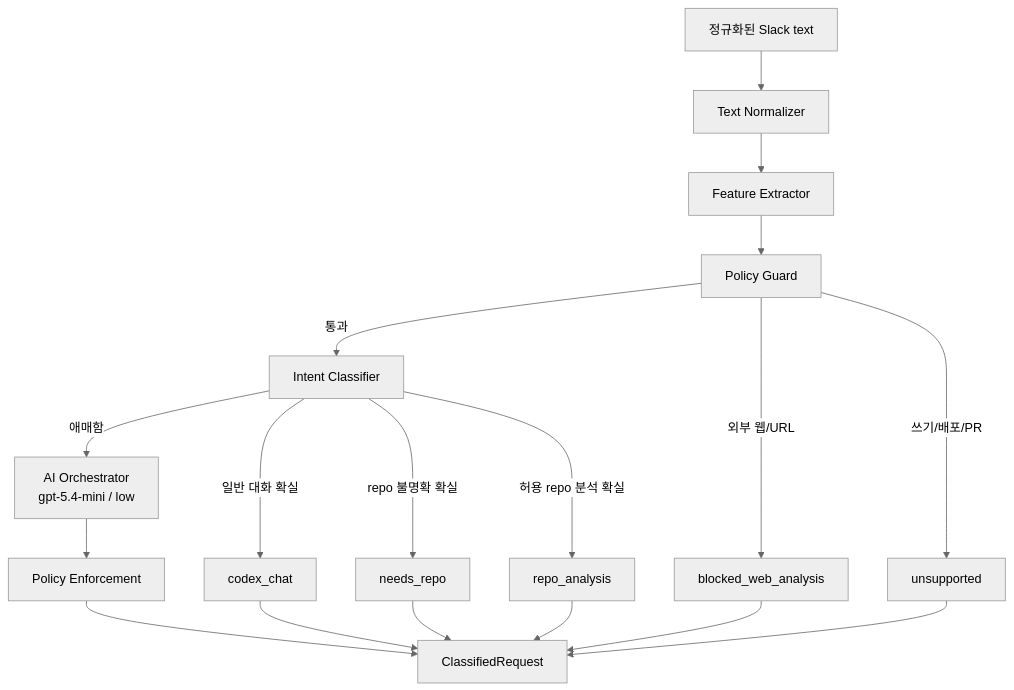
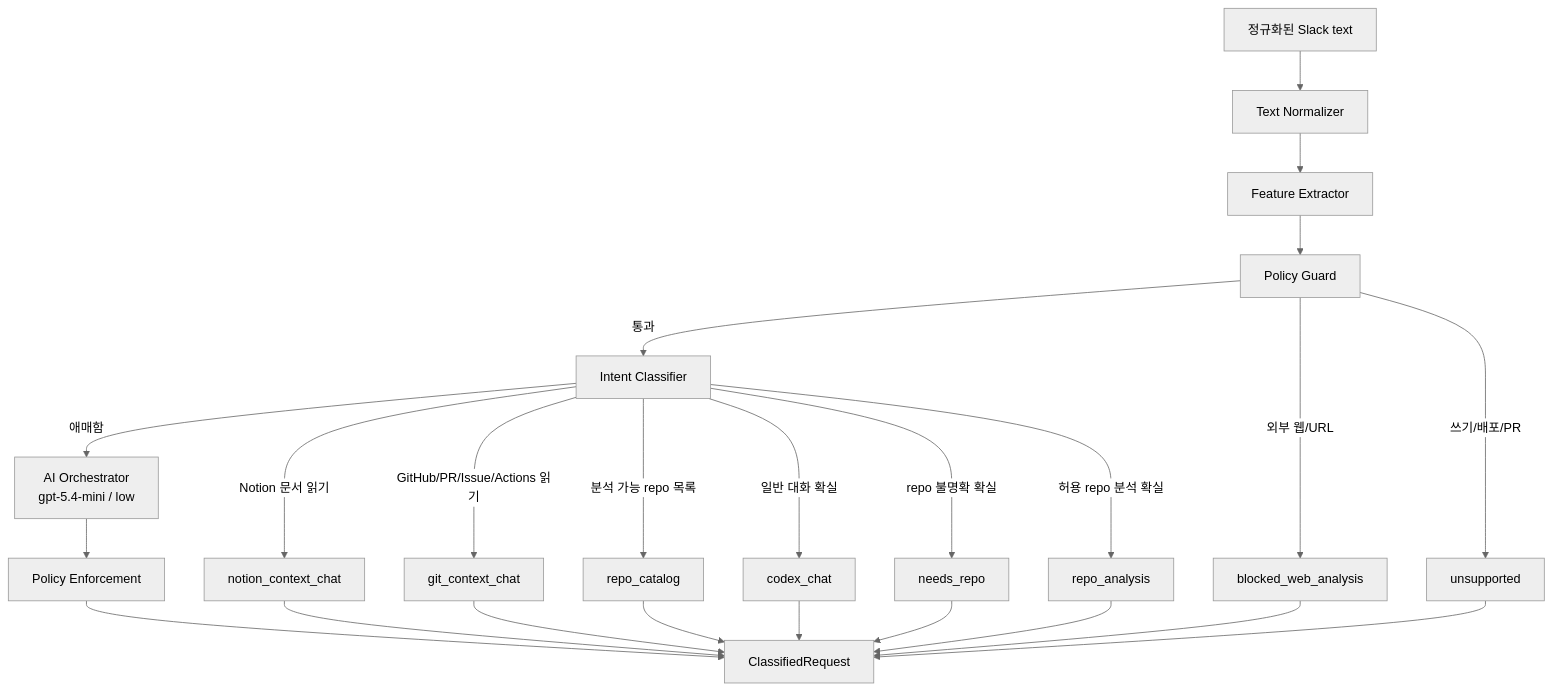
One commit to team-PopPang/Pangi changed the diagram in docs/architecture/input-guardrail.md. Above: the diagram before and after it, drawn with Mermaid (neutral theme). The commit also changed other lines of this file and 49 other files, not shown here.

Commit message:
feat: Notion 및 Git context 응답 추가

````diff
--- a/docs/architecture/input-guardrail.md
+++ b/docs/architecture/input-guardrail.md
@@ -33,20 +36,26 @@
 ```mermaid
 flowchart TD
     A["정규화된 Slack text"] --> B["Text Normalizer"]
     B --> C["Feature Extractor"]
     C --> D["Policy Guard"]
     D -->|외부 웹/URL| WEB["blocked_web_analysis"]
     D -->|쓰기/배포/PR| UNSUP["unsupported"]
     D -->|통과| E["Intent Classifier"]
+    E -->|Notion 문서 읽기| NOTION["notion_context_chat"]
+    E -->|GitHub/PR/Issue/Actions 읽기| GIT["git_context_chat"]
+    E -->|분석 가능 repo 목록| CATALOG["repo_catalog"]
     E -->|일반 대화 확실| CHAT["codex_chat"]
     E -->|repo 불명확 확실| ASK["needs_repo"]
     E -->|허용 repo 분석 확실| JOB["repo_analysis"]
     E -->|애매함| AI["AI Orchestrator<br/>gpt-5.4-mini / low"]
     AI --> P["Policy Enforcement"]
     P --> OUT["ClassifiedRequest"]
+    NOTION --> OUT
+    GIT --> OUT
+    CATALOG --> OUT
     CHAT --> OUT
     ASK --> OUT
     JOB --> OUT
     WEB --> OUT
     UNSUP --> OUT
 ```
````
